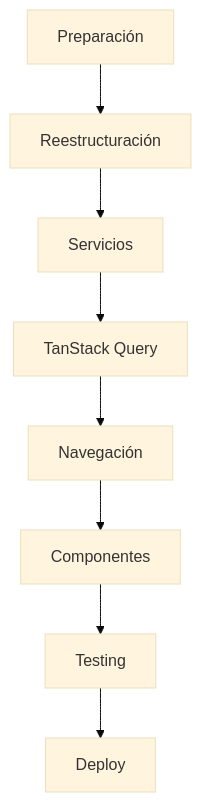
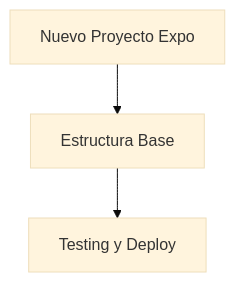
The diagram in docs/guia-refactoring/04-migracion/00-INICIO.md (inverdata1/uno-frontend), drawn with Mermaid (base theme) before and after one commit. The commit also changed other lines of this file and 15 other files, not shown here.

````diff
--- a/docs/guia-refactoring/04-migracion/00-INICIO.md
+++ b/docs/guia-refactoring/04-migracion/00-INICIO.md
@@ -78,10 +75,5 @@
 ```mermaid
 graph TD
-    A[Preparación] --> B[Reestructuración]
-    B --> C[Servicios]
-    C --> D[TanStack Query]
-    D --> E[Navegación]
-    E --> F[Componentes]
-    F --> G[Testing]
-    G --> H[Deploy]
+    A[Nuevo Proyecto Expo] --> B[Estructura Base]
+    B --> C[Testing y Deploy]
 ```
````
